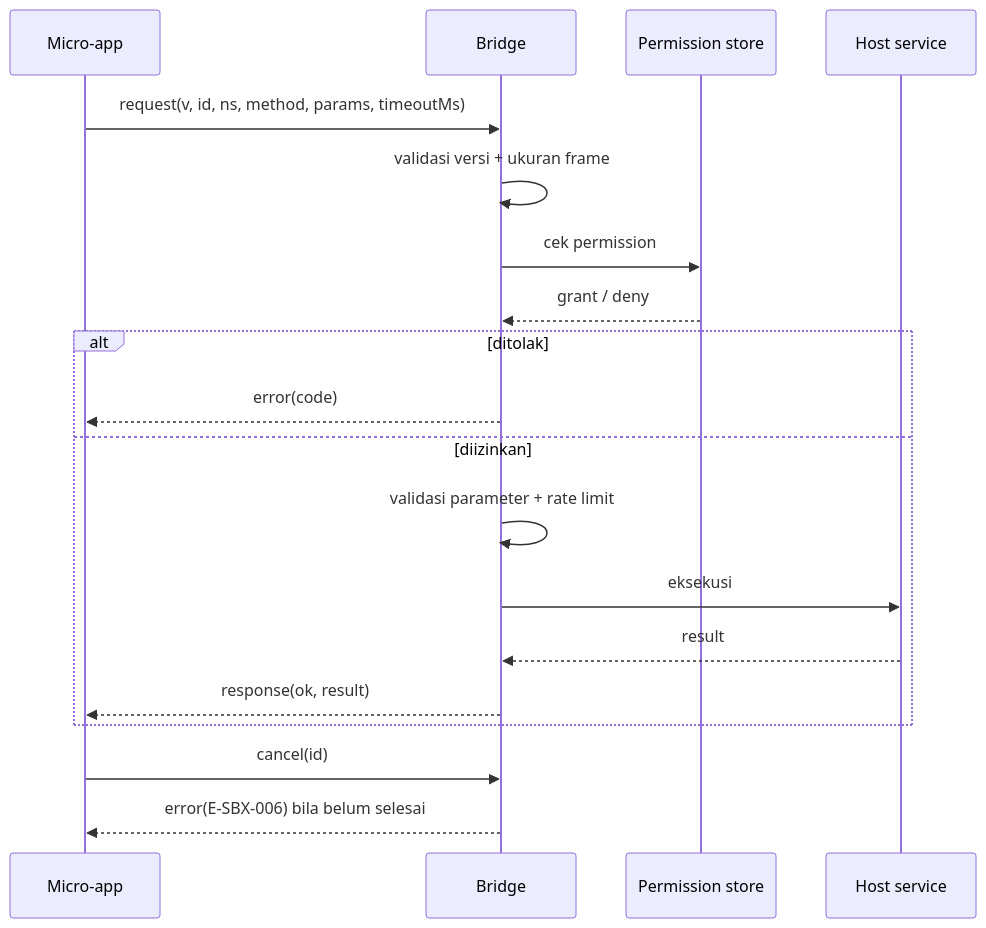
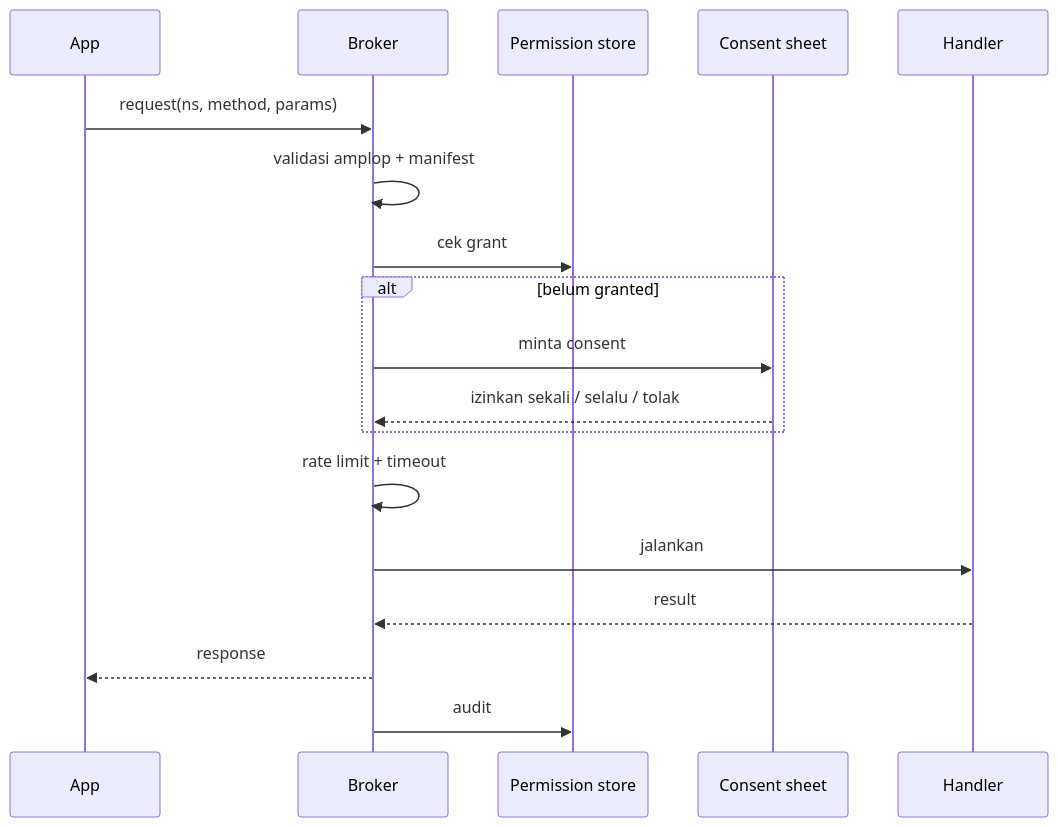
Before and after one commit to Reinvy/microapp-studio: the diagram in docs/01-architecture/host-bridge-intents.md, drawn with Mermaid. The commit also changed other lines of this file and 36 other files, not shown here.

First line of the commit message:
docs(architecture): arsitektur web-only dan ADR 0017-0022

````diff
--- a/docs/01-architecture/host-bridge-intents.md
+++ b/docs/01-architecture/host-bridge-intents.md
@@ -125,21 +61,20 @@
 ```mermaid
 sequenceDiagram
-    participant APP as Micro-app
-    participant BR as Bridge
-    participant PERM as Permission store
-    participant HOST as Host service
-    APP->>BR: request(v, id, ns, method, params, timeoutMs)
-    BR->>BR: validasi versi + ukuran frame
-    BR->>PERM: cek permission
-    PERM-->>BR: grant / deny
-    alt ditolak
-        BR-->>APP: error(code)
-    else diizinkan
-        BR->>BR: validasi parameter + rate limit
-        BR->>HOST: eksekusi
-        HOST-->>BR: result
-        BR-->>APP: response(ok, result)
-    end
-    APP->>BR: cancel(id)
-    BR-->>APP: error(E-SBX-006) bila belum selesai
+  participant A as App
+  participant B as Broker
+  participant P as Permission store
+  participant C as Consent sheet
+  participant H as Handler
+  A->>B: request(ns, method, params)
+  B->>B: validasi amplop + manifest
+  B->>P: cek grant
+  alt belum granted
+    B->>C: minta consent
+    C-->>B: izinkan sekali / selalu / tolak
+  end
+  B->>B: rate limit + timeout
+  B->>H: jalankan
+  H-->>B: result
+  B-->>A: response
+  B->>P: audit
 ```
````
